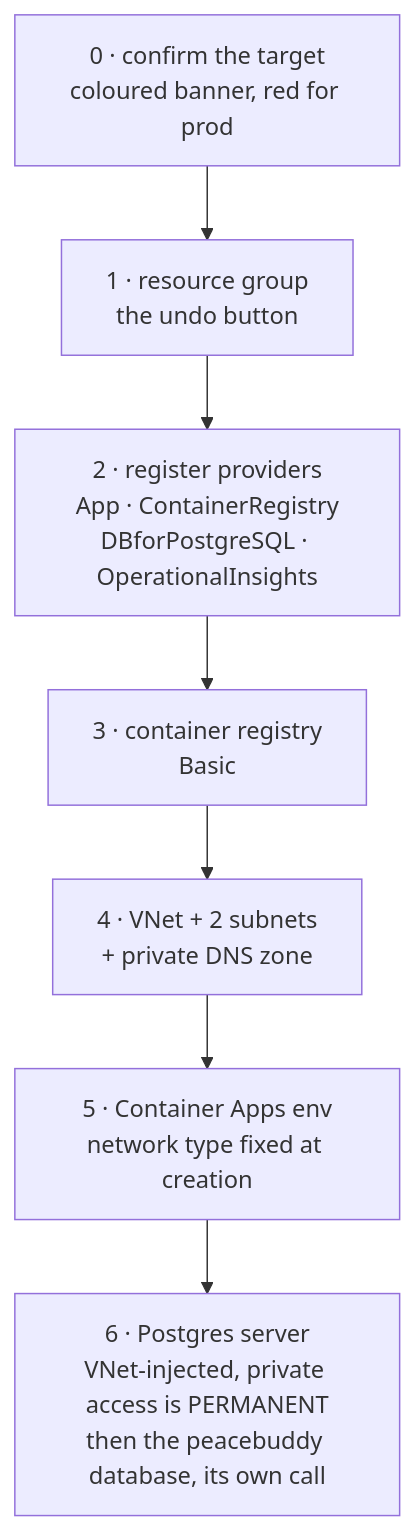
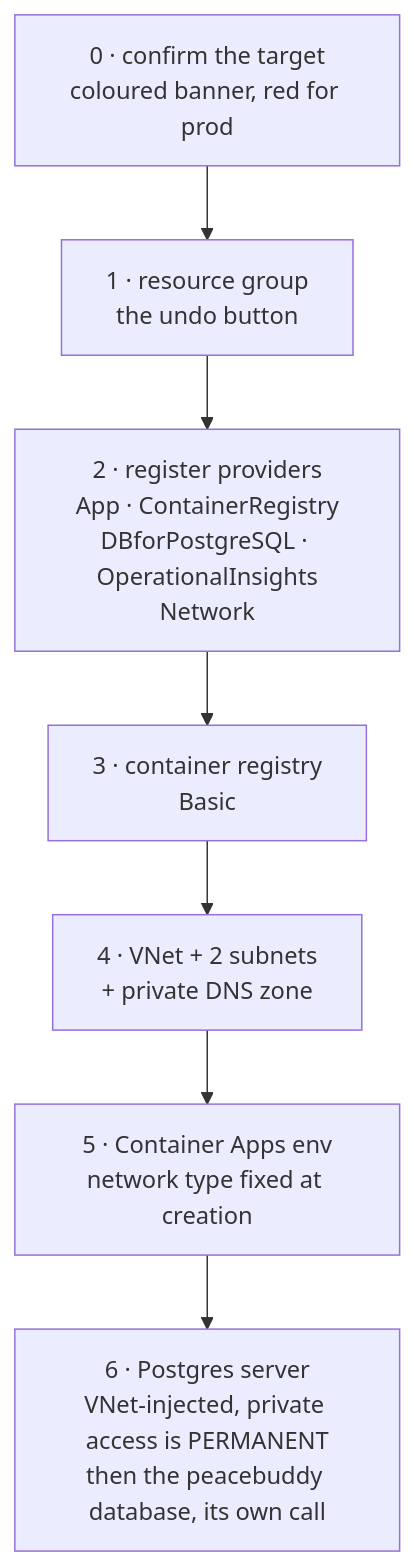
Before and after one commit to Lynns0416/buddy-app-copy: the fourth of 6 diagrams in docs/deploy-plan.md, drawn with Mermaid. The commit also changed other lines of this file and 2 other files, not shown here.

````diff
--- a/docs/deploy-plan.md
+++ b/docs/deploy-plan.md
@@ -183,9 +183,9 @@
 ```mermaid
 flowchart TB
     CONF["0 · confirm the target<br/>coloured banner, red for prod"] --> RG["1 · resource group<br/>the undo button"]
-    RG --> PROV["2 · register providers<br/>App · ContainerRegistry<br/>DBforPostgreSQL · OperationalInsights"]
+    RG --> PROV["2 · register providers<br/>App · ContainerRegistry<br/>DBforPostgreSQL · OperationalInsights<br/>Network"]
     PROV --> ACR["3 · container registry<br/>Basic"]
     ACR --> VNET["4 · VNet + 2 subnets<br/>+ private DNS zone"]
     VNET --> ENV["5 · Container Apps env<br/>network type fixed at creation"]
     ENV --> PG["6 · Postgres server<br/>VNet-injected, private access is PERMANENT<br/>then the peacebuddy database, its own call"]
 ```
````
